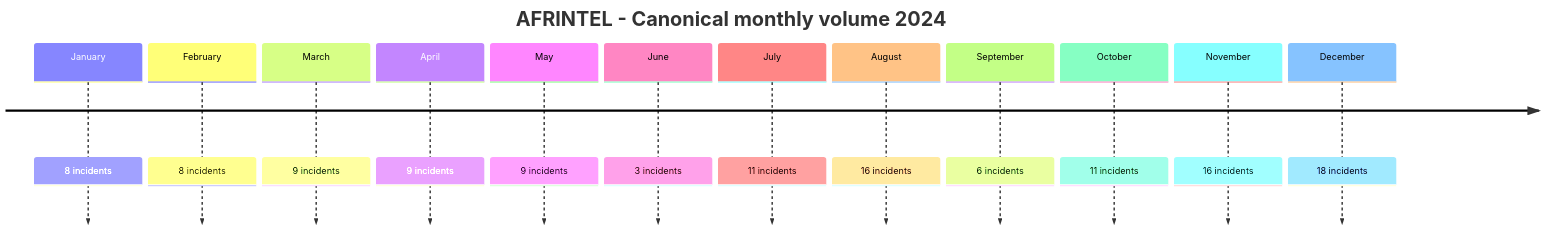
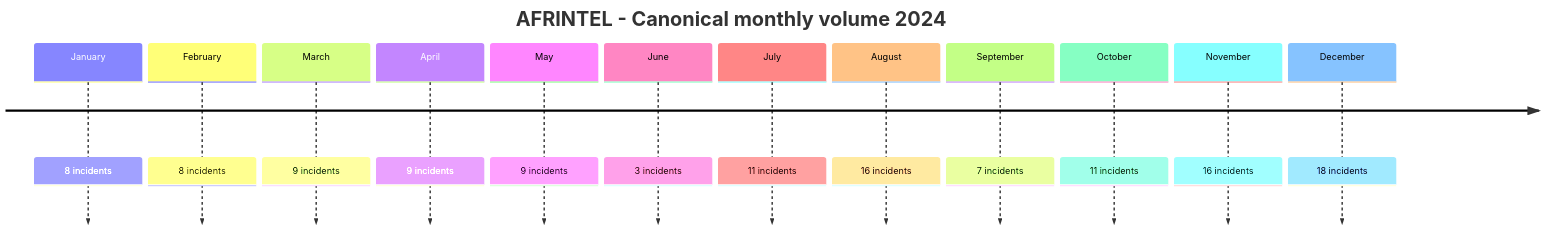
One commit to Hatchepsoute/AFRINTEL changed the first of 2 diagrams in CyberAttackAfrica/2024/README.md. Above: the diagram before and after it, drawn with Mermaid. The commit also changed other lines of this file and 1034 other files, not shown here.

````diff
--- a/CyberAttackAfrica/2024/README.md
+++ b/CyberAttackAfrica/2024/README.md
@@ -50,16 +50,16 @@
 ```mermaid
 timeline
     title AFRINTEL - Canonical monthly volume 2024
     January : 8 incidents
     February : 8 incidents
     March : 9 incidents
     April : 9 incidents
     May : 9 incidents
     June : 3 incidents
     July : 11 incidents
     August : 16 incidents
-    September : 6 incidents
+    September : 7 incidents
     October : 11 incidents
     November : 16 incidents
     December : 18 incidents
 ```
````
